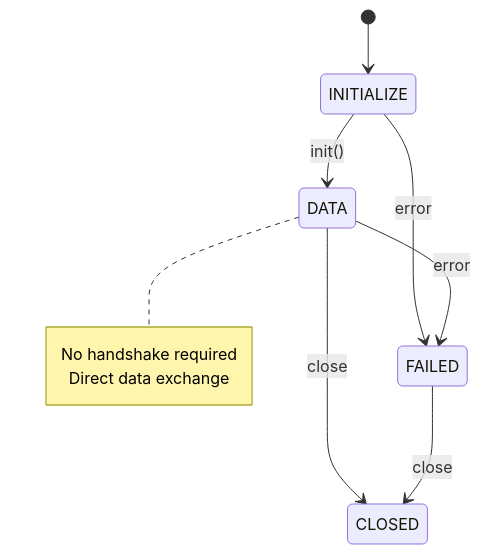
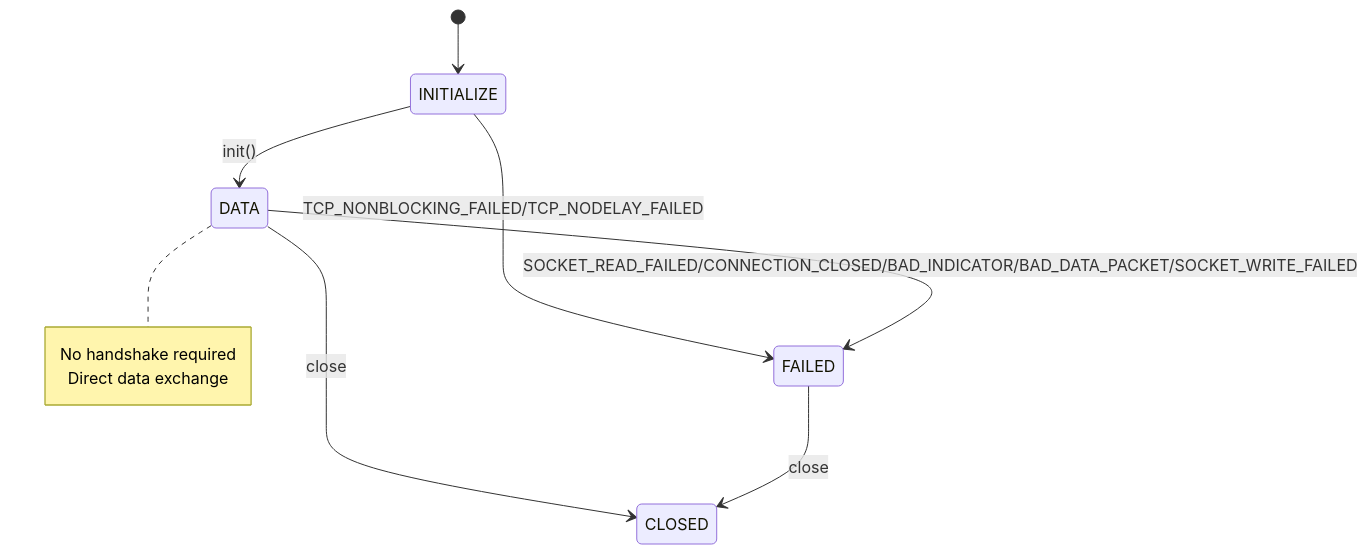
The second of 2 diagrams in esphome/components/api/protocol_details.md (chrisjanbothma79/esphome), drawn with Mermaid before and after one commit.

Commit message:
Refactor API frame helpers to enable buffer reuse

````diff
--- a/esphome/components/api/protocol_details.md
+++ b/esphome/components/api/protocol_details.md
@@ -203,16 +203,16 @@
 ```mermaid
 stateDiagram-v2
     [*] --> INITIALIZE
     INITIALIZE --> DATA: init()
     DATA --> CLOSED: close
     
-    INITIALIZE --> FAILED: error
-    DATA --> FAILED: error
+    INITIALIZE --> FAILED: TCP_NONBLOCKING_FAILED/TCP_NODELAY_FAILED
+    DATA --> FAILED: SOCKET_READ_FAILED/CONNECTION_CLOSED/BAD_INDICATOR/BAD_DATA_PACKET/SOCKET_WRITE_FAILED
     
     FAILED --> CLOSED: close
     
     note right of DATA
         No handshake required
         Direct data exchange
     end note
 ```
````
